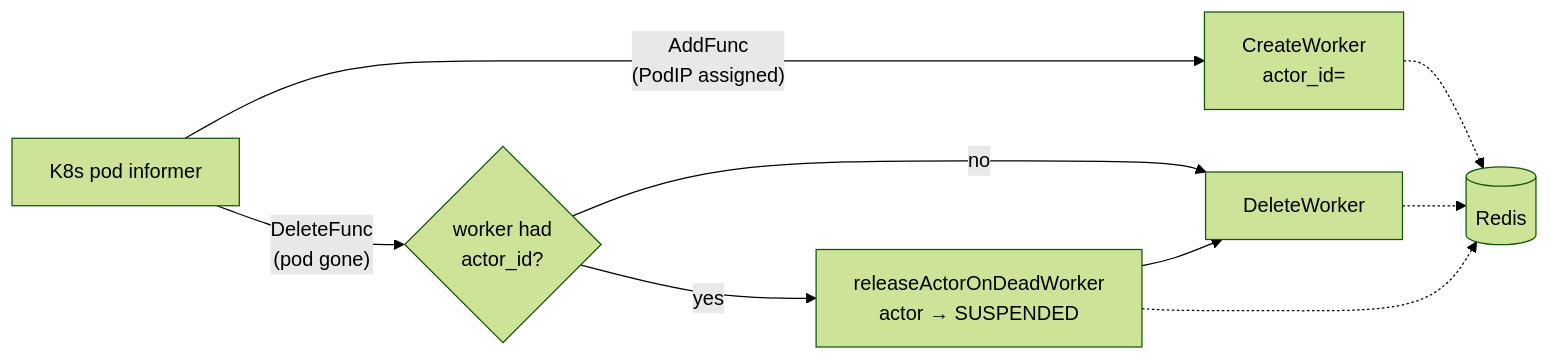
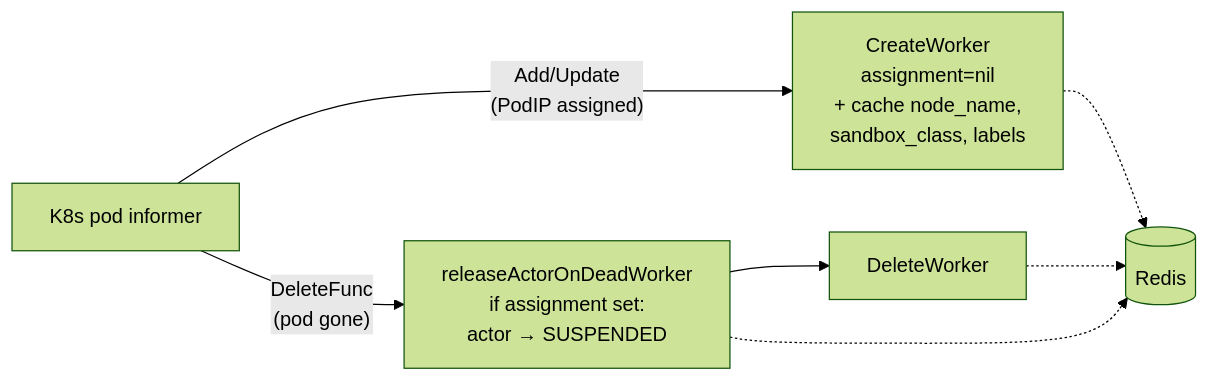
One commit to christian-posta/substrate changed the second of 3 diagrams in atlas/src/content/docs/flows/worker-lifecycle.mdx. Above: the diagram before and after it, drawn with Mermaid (forest theme). The commit also changed other lines of this file and 28 other files, not shown here.

````diff
--- a/atlas/src/content/docs/flows/worker-lifecycle.mdx
+++ b/atlas/src/content/docs/flows/worker-lifecycle.mdx
@@ -51,11 +66,9 @@
 ```mermaid
 flowchart LR
-  K[K8s pod informer] -- AddFunc<br/>(PodIP assigned) --> C[CreateWorker<br/>actor_id=""]
-  K -- DeleteFunc<br/>(pod gone) --> CHK{worker had<br/>actor_id?}
-  CHK -- yes --> R[releaseActorOnDeadWorker<br/>actor → SUSPENDED]
-  CHK -- no --> D[DeleteWorker]
-  R --> D
+  K[K8s pod informer] -- Add/Update<br/>(PodIP assigned) --> C[CreateWorker<br/>assignment=nil<br/>+ cache node_name,<br/>sandbox_class, labels]
+  K -- DeleteFunc<br/>(pod gone) --> R[releaseActorOnDeadWorker<br/>if assignment set:<br/>actor → SUSPENDED]
+  R --> D[DeleteWorker]
   C -.-> RED[(Redis)]
   D -.-> RED
   R -.-> RED
 ```
````
